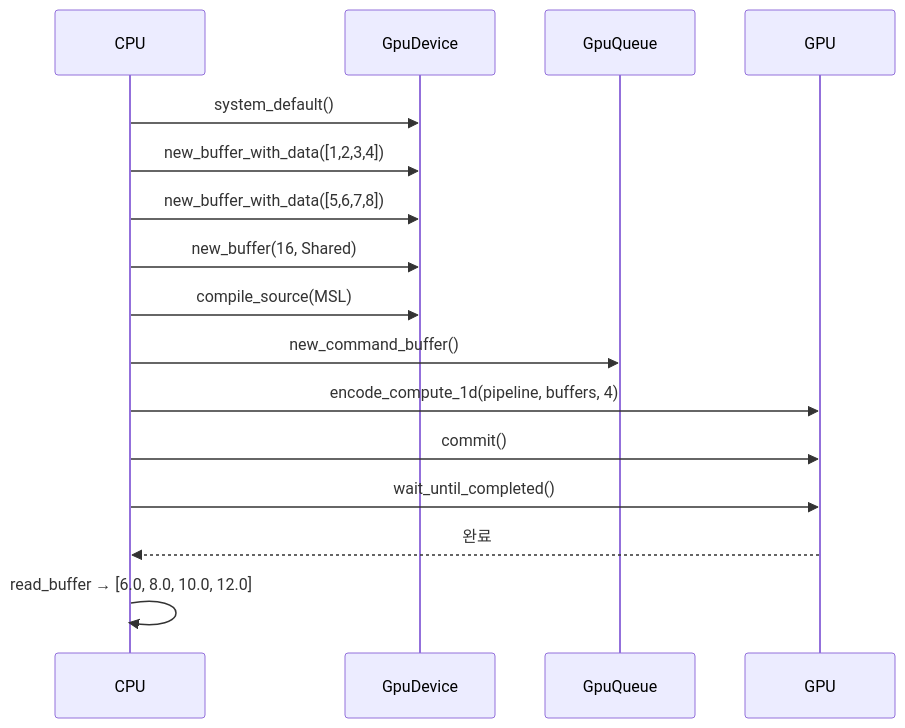
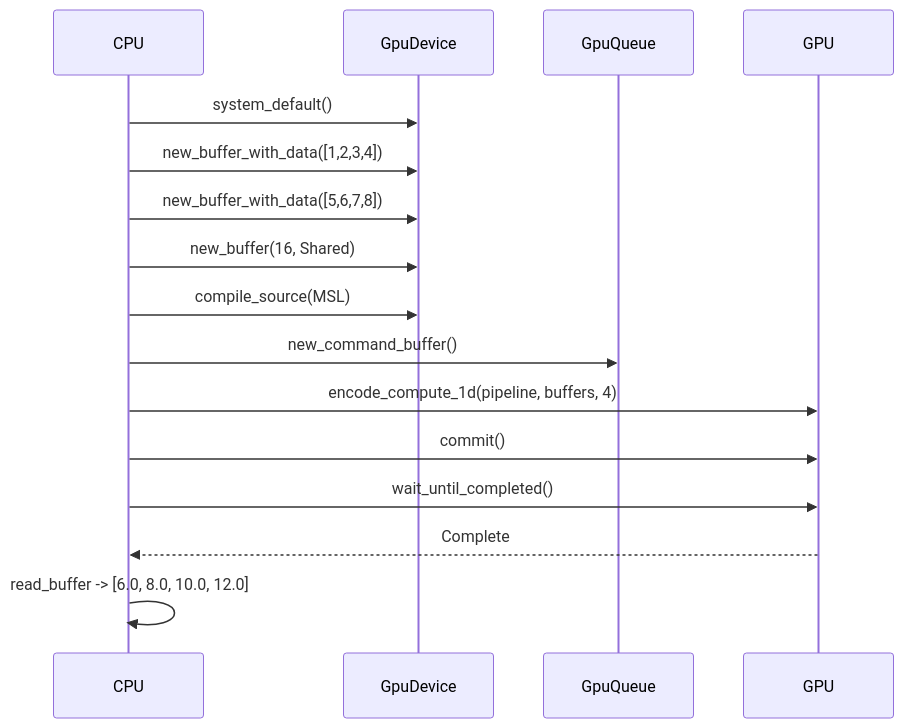
One commit to 0xDaizz/RMLX changed the third of 3 diagrams in docs/crates/rmlx-metal.md. Above: the diagram before and after it, drawn with Mermaid. The commit also changed other lines of this file and 30 other files, not shown here.

````diff
--- a/docs/crates/rmlx-metal.md
+++ b/docs/crates/rmlx-metal.md
@@ -488,19 +488,19 @@
 ```mermaid
 sequenceDiagram
     participant CPU
     participant GpuDevice
     participant GpuQueue
     participant GPU
 
     CPU->>GpuDevice: system_default()
     CPU->>GpuDevice: new_buffer_with_data([1,2,3,4])
     CPU->>GpuDevice: new_buffer_with_data([5,6,7,8])
     CPU->>GpuDevice: new_buffer(16, Shared)
     CPU->>GpuDevice: compile_source(MSL)
     CPU->>GpuQueue: new_command_buffer()
     CPU->>GPU: encode_compute_1d(pipeline, buffers, 4)
     CPU->>GPU: commit()
     CPU->>GPU: wait_until_completed()
-    GPU-->>CPU: 완료
-    CPU->>CPU: read_buffer → [6.0, 8.0, 10.0, 12.0]
+    GPU-->>CPU: Complete
+    CPU->>CPU: read_buffer -> [6.0, 8.0, 10.0, 12.0]
 ```
````
